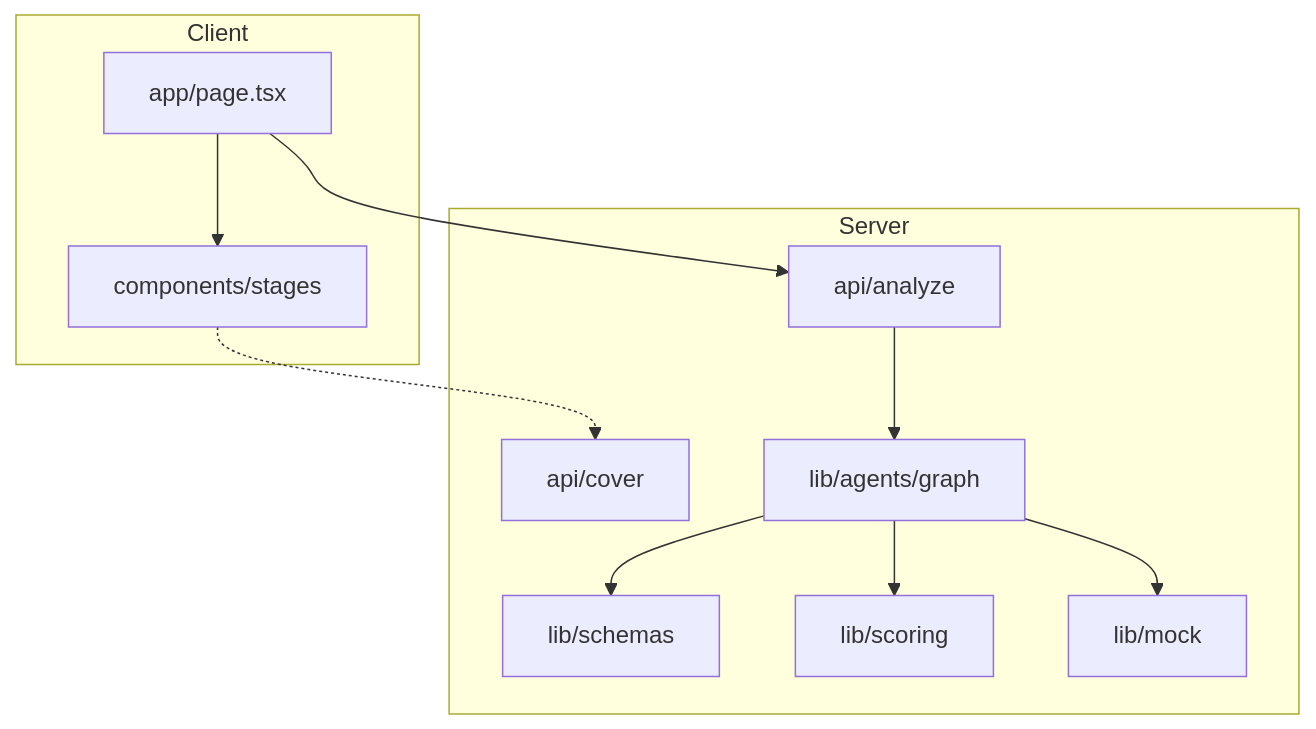
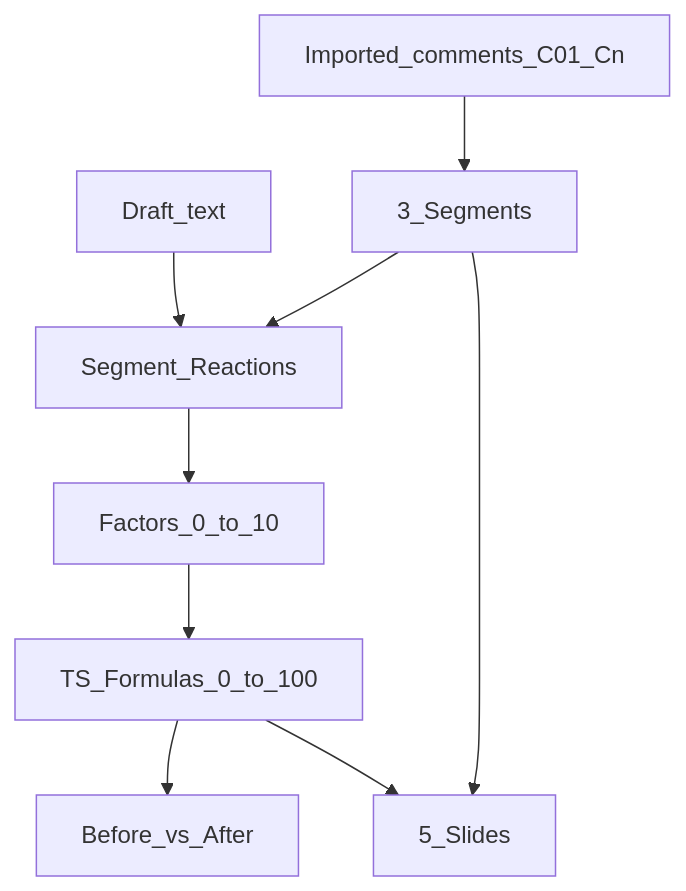
One commit to harshjoshi23/Thunder changed the fourth of 4 diagrams in docs/architecture.md. Above: the diagram before and after it, drawn with Mermaid. The commit also changed other lines of this file and 3 other files, not shown here.

First line of the commit message:
Add phase-01 UX prompt, status summary, and clearer architecture diagrams.

````diff
--- a/docs/architecture.md
+++ b/docs/architecture.md
@@ -54,22 +73,11 @@
 ```mermaid
 flowchart TB
-  subgraph client [Client]
-    Page[app/page.tsx]
-    Stages[components/stages]
-  end
-  subgraph server [Server]
-    Analyze[api/analyze]
-    Cover[api/cover]
-    GraphMod[lib/agents/graph]
-    Schemas[lib/schemas]
-    Score[lib/scoring]
-    Mock[lib/mock]
-  end
-  Page --> Stages
-  Page --> Analyze
-  Analyze --> GraphMod
-  GraphMod --> Schemas
-  GraphMod --> Score
-  GraphMod --> Mock
-  Stages -.-> Cover
+  Comments[Imported_comments_C01_Cn] --> Twin[3_Segments]
+  Twin --> Jury[Segment_Reactions]
+  Draft[Draft_text] --> Jury
+  Jury --> Factors[Factors_0_to_10]
+  Factors --> Formulas[TS_Formulas_0_to_100]
+  Formulas --> BA[Before_vs_After]
+  Twin --> Strategy[5_Slides]
+  Formulas --> Strategy
 ```
````
